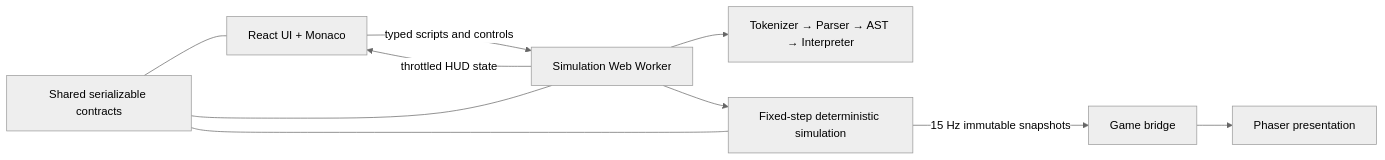
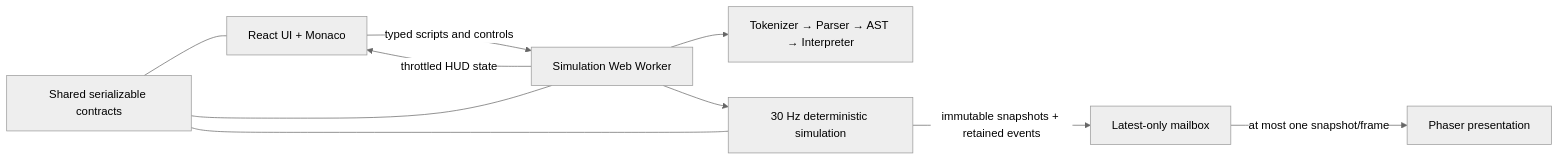
The diagram in README.md (ogzkaann/swarm-script), drawn with Mermaid (neutral theme) before and after one commit. The commit also changed other lines of this file and 36 other files, not shown here.

````diff
--- a/README.md
+++ b/README.md
@@ -41,12 +65,12 @@
 ```mermaid
 flowchart LR
   UI["React UI + Monaco"] -->|"typed scripts and controls"| W["Simulation Web Worker"]
   W --> DSL["Tokenizer → Parser → AST → Interpreter"]
-  W --> SIM["Fixed-step deterministic simulation"]
-  SIM -->|"15 Hz immutable snapshots"| B["Game bridge"]
-  B --> P["Phaser presentation"]
+  W --> SIM["30 Hz deterministic simulation"]
+  SIM -->|"immutable snapshots + retained events"| M["Latest-only mailbox"]
+  M -->|"at most one snapshot/frame"| P["Phaser presentation"]
   W -->|"throttled HUD state"| UI
   SH["Shared serializable contracts"] --- UI
   SH --- W
   SH --- SIM
 ```
````
